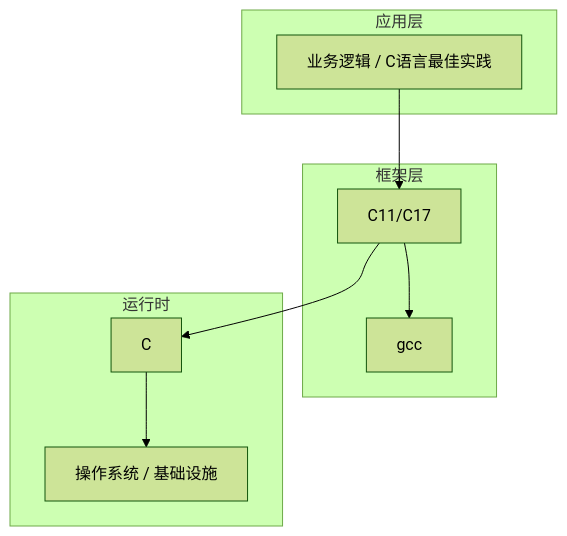
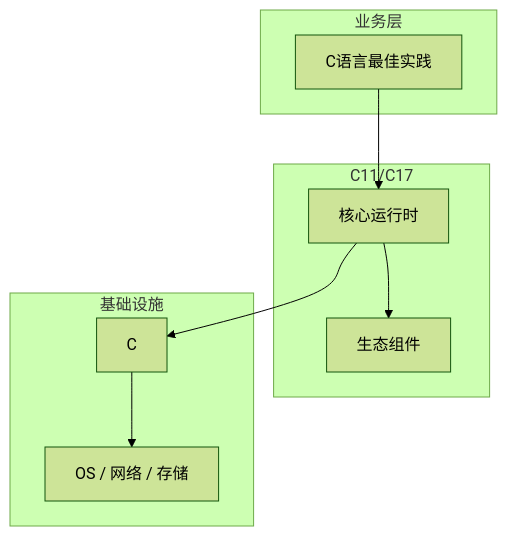
One commit to yanggan2015/knowledge-json-v2 changed the diagram in articles/C语言/chapters/112-C语言最佳实践核心概念与原理.md. Above: the diagram before and after it, drawn with Mermaid (forest theme). The commit also changed other lines of this file and 10127 other files, not shown here.

````diff
--- a/articles/C语言/chapters/112-C语言最佳实践核心概念与原理.md
+++ b/articles/C语言/chapters/112-C语言最佳实践核心概念与原理.md
@@ -45,18 +34,18 @@
 ```mermaid
 graph TB
-    subgraph 应用层
-        A[业务逻辑 / C语言最佳实践]
+    subgraph 业务层
+        A[C语言最佳实践]
     end
-    subgraph 框架层
-        B[C11/C17]
-        C[gcc]
+    subgraph C11/C17
+        B[核心运行时]
+        C[生态组件]
     end
-    subgraph 运行时
+    subgraph 基础设施
         D[C]
-        E[操作系统 / 基础设施]
+        E[OS / 网络 / 存储]
     end
     A --> B
     B --> C
     B --> D
     D --> E
 ```
````
